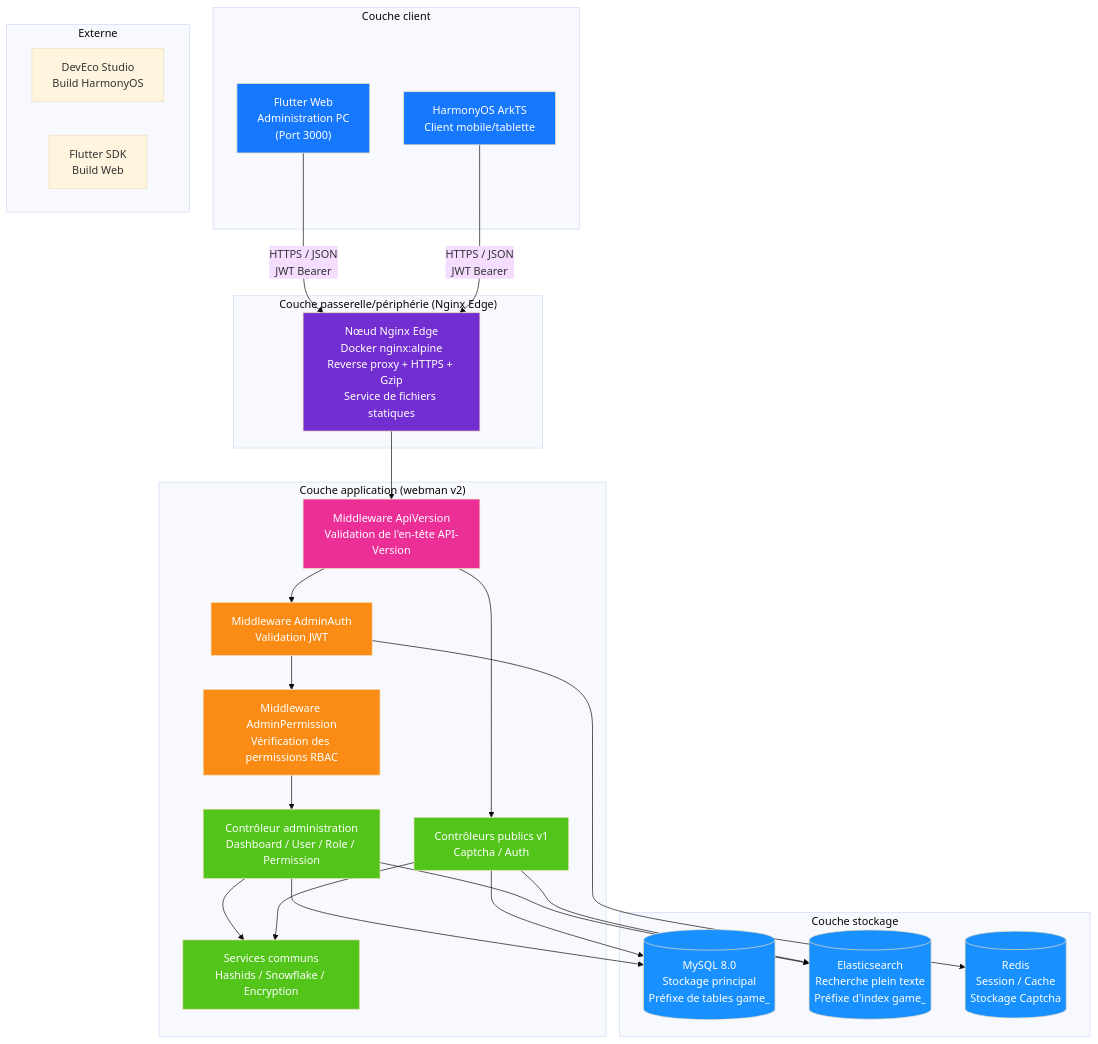
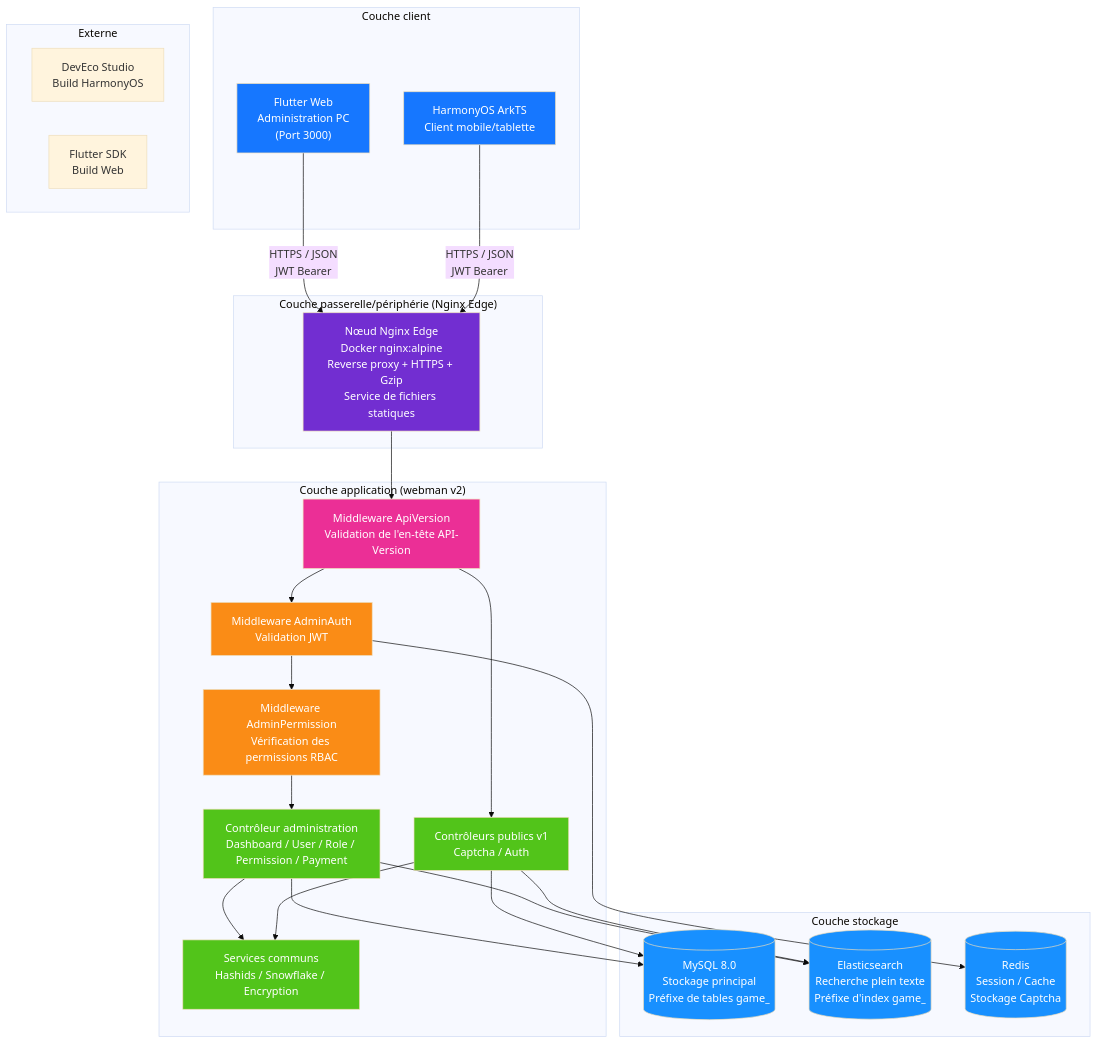
One commit to erikwang2013/game-platform-php changed the first of 14 diagrams in admin/docs/ARCHITECTURE.fr.md. Above: the diagram before and after it, drawn with Mermaid (base theme). The commit also changed other lines of this file and 195 other files, not shown here.

````diff
--- a/admin/docs/ARCHITECTURE.fr.md
+++ b/admin/docs/ARCHITECTURE.fr.md
@@ -15,59 +15,59 @@
 ```mermaid
 flowchart TB
     subgraph "Couche client"
         A1["Flutter Web<br/>Administration PC<br/>(Port 3000)"]
         A2["HarmonyOS ArkTS<br/>Client mobile/tablette"]
     end
 
     subgraph "Couche passerelle/périphérie (Nginx Edge)"
         B1["Nœud Nginx Edge<br/>Docker nginx:alpine<br/>Reverse proxy + HTTPS + Gzip<br/>Service de fichiers statiques"]
     end
 
     subgraph "Couche application (webman v2)"
         C0["Middleware ApiVersion<br/>Validation de l'en-tête API-Version"]
         C1["Middleware AdminAuth<br/>Validation JWT"]
         C2["Middleware AdminPermission<br/>Vérification des permissions RBAC"]
-        C3["Contrôleur administration<br/>Dashboard / User / Role / Permission"]
+        C3["Contrôleur administration<br/>Dashboard / User / Role / Permission / Payment"]
         C4["Contrôleurs publics v1<br/>Captcha / Auth"]
         C5["Services communs<br/>Hashids / Snowflake / Encryption"]
     end
 
     subgraph "Couche stockage"
         D1[("MySQL 8.0<br/>Stockage principal<br/>Préfixe de tables game_")]
         D2[("Elasticsearch<br/>Recherche plein texte<br/>Préfixe d'index game_")]
         D3[("Redis<br/>Session / Cache<br/>Stockage Captcha")]
     end
 
     subgraph "Externe"
         E1["DevEco Studio<br/>Build HarmonyOS"]
         E2["Flutter SDK<br/>Build Web"]
     end
 
     A1 -->|"HTTPS / JSON<br/>JWT Bearer"| B1
     A2 -->|"HTTPS / JSON<br/>JWT Bearer"| B1
     B1 --> C0
     C0 --> C1
     C1 --> C2
     C2 --> C3
     C0 --> C4
     C3 --> C5
     C4 --> C5
     C3 --> D1
     C4 --> D1
     C3 --> D2
     C4 --> D2
     C1 --> D3
 
     style A1 fill:#1677FF,color:#fff
     style A2 fill:#1677FF,color:#fff
     style B1 fill:#722ED1,color:#fff
     style C0 fill:#EB2F96,color:#fff
     style C1 fill:#FA8C16,color:#fff
     style C2 fill:#FA8C16,color:#fff
     style C3 fill:#52C41A,color:#fff
     style C4 fill:#52C41A,color:#fff
     style C5 fill:#52C41A,color:#fff
     style D1 fill:#1890FF,color:#fff
     style D2 fill:#1890FF,color:#fff
     style D3 fill:#1890FF,color:#fff
 ```
````
